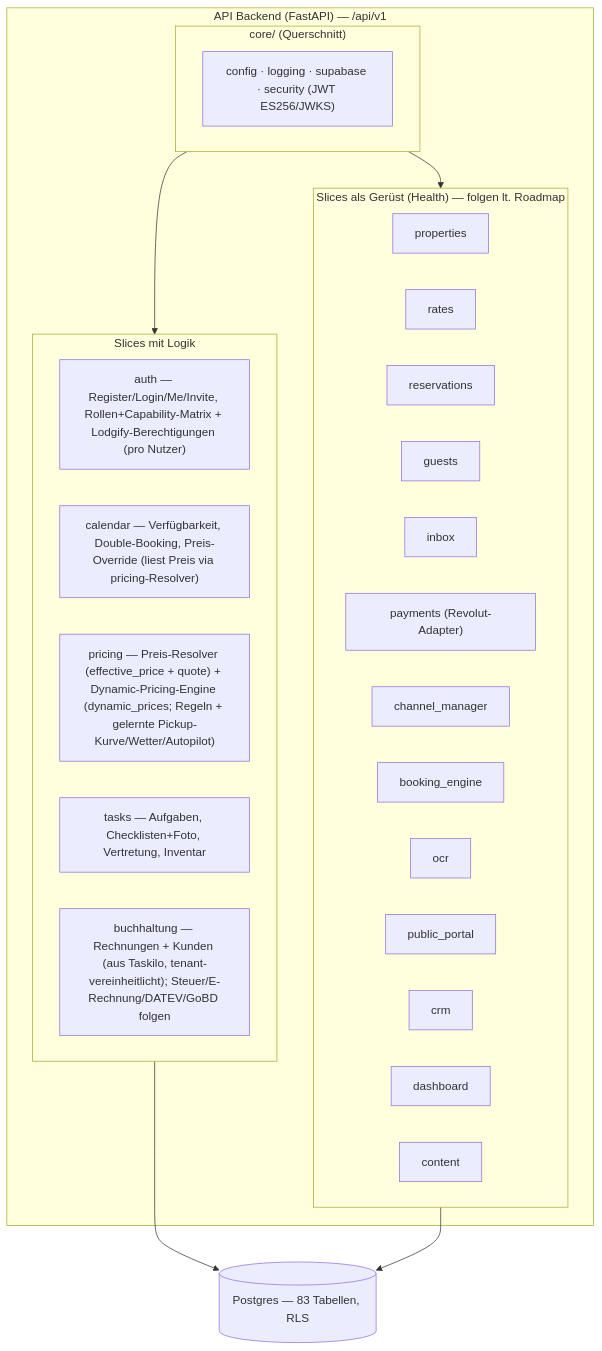
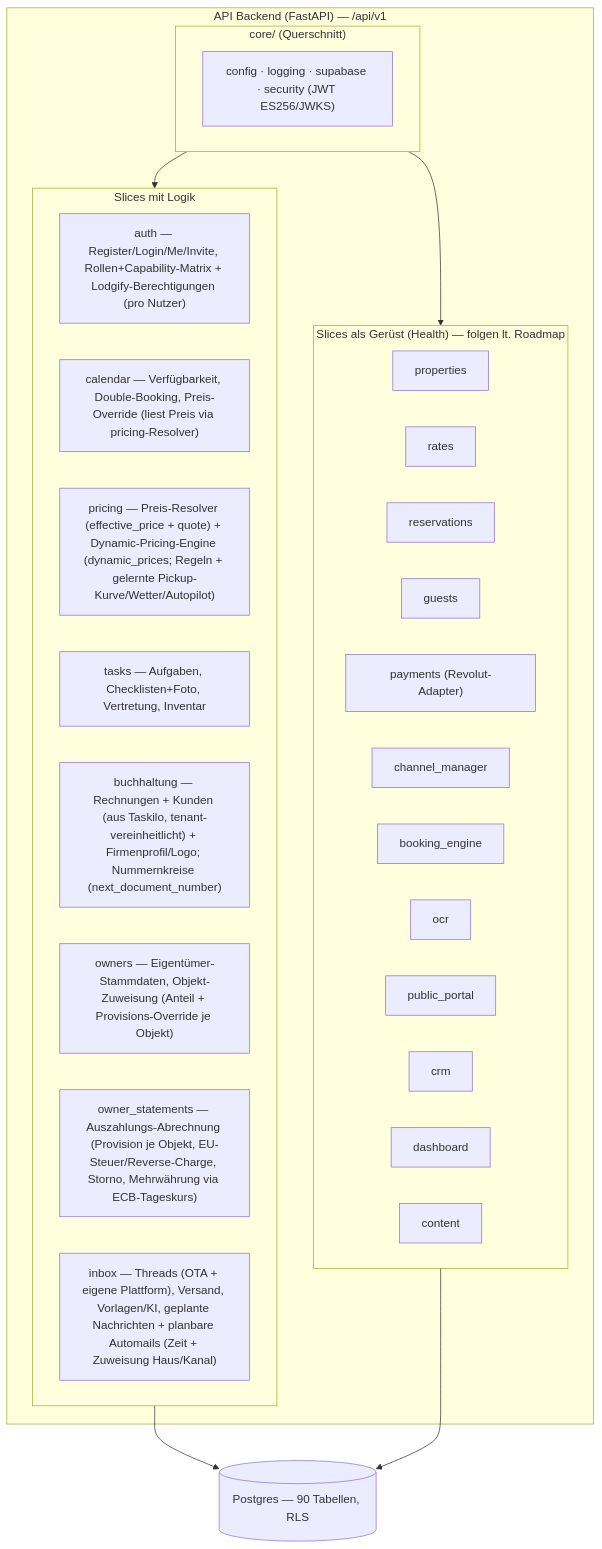
The third of 15 diagrams in docs/ARCHITECTURE.md (Andy1234567890-cmyk/NextDays), drawn with Mermaid before and after one commit. The commit also changed other lines of this file and 91 other files, not shown here.

First line of the commit message:
feat(eigentümer+posteingang): Owner-Abrechnung, Mehrwährung, planbare Automails, Realtime

````diff
--- a/docs/ARCHITECTURE.md
+++ b/docs/ARCHITECTURE.md
@@ -119,26 +119,29 @@
 ```mermaid
 flowchart TB
     subgraph API["API Backend (FastAPI) — /api/v1"]
         subgraph CORE["core/ (Querschnitt)"]
             CFG["config · logging · supabase · security (JWT ES256/JWKS)"]
         end
         subgraph DONE["Slices mit Logik"]
             AUTH["auth — Register/Login/Me/Invite, Rollen+Capability-Matrix + Lodgify-Berechtigungen (pro Nutzer)"]
             CAL["calendar — Verfügbarkeit, Double-Booking, Preis-Override (liest Preis via pricing-Resolver)"]
             PRICE["pricing — Preis-Resolver (effective_price + quote) + Dynamic-Pricing-Engine (dynamic_prices; Regeln + gelernte Pickup-Kurve/Wetter/Autopilot)"]
             TASKS["tasks — Aufgaben, Checklisten+Foto, Vertretung, Inventar"]
-            BUCH["buchhaltung — Rechnungen + Kunden (aus Taskilo, tenant-vereinheitlicht); Steuer/E-Rechnung/DATEV/GoBD folgen"]
+            BUCH["buchhaltung — Rechnungen + Kunden (aus Taskilo, tenant-vereinheitlicht) + Firmenprofil/Logo; Nummernkreise (next_document_number)"]
+            OWN["owners — Eigentümer-Stammdaten, Objekt-Zuweisung (Anteil + Provisions-Override je Objekt)"]
+            OWNST["owner_statements — Auszahlungs-Abrechnung (Provision je Objekt, EU-Steuer/Reverse-Charge, Storno, Mehrwährung via ECB-Tageskurs)"]
+            INBOXL["inbox — Threads (OTA + eigene Plattform), Versand, Vorlagen/KI, geplante Nachrichten + planbare Automails (Zeit + Zuweisung Haus/Kanal)"]
         end
         subgraph SCAFFOLD["Slices als Gerüst (Health) — folgen lt. Roadmap"]
             PROP["properties"]; RATES["rates"]; RES["reservations"]
-            GUE["guests"]; INBOX["inbox"]; PAY["payments (Revolut-Adapter)"]
+            GUE["guests"]; PAY["payments (Revolut-Adapter)"]
             CM["channel_manager"]; BOOK["booking_engine"]; OCR["ocr"]
             PORTAL["public_portal"]; CRM["crm"]; DASH["dashboard"]; CONT["content"]
         end
     end
-    DB[("Postgres — 83 Tabellen, RLS")]
+    DB[("Postgres — 90 Tabellen, RLS")]
     DONE --> DB
     SCAFFOLD --> DB
     CORE --> DONE
     CORE --> SCAFFOLD
 ```
````
